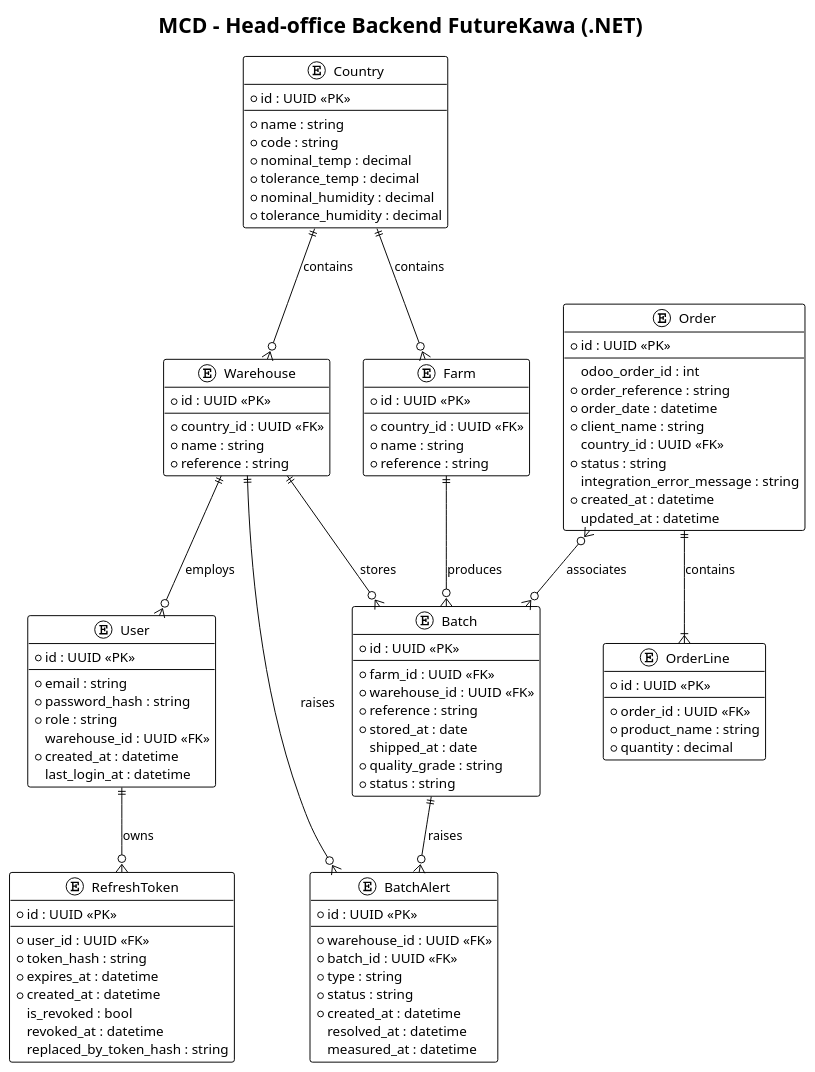
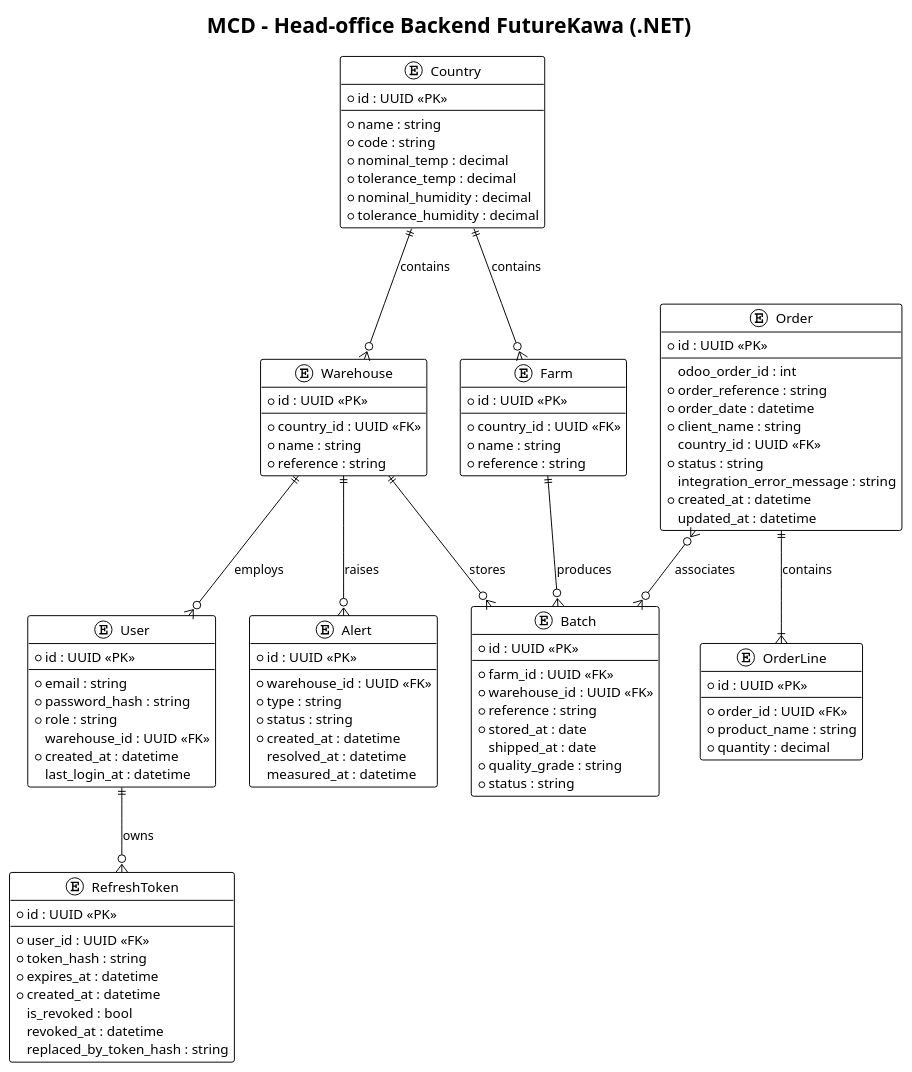
One commit to FutureKawa-Nte-G2/FutureKawa changed the diagram in Documentation/diagrammes/mcd_backend.puml. Above: the diagram before and after it, drawn with PlantUML. The commit also changed 32 other files, not shown here.

Commit message:
refactor(alerts): replace batch alerts with warehouse-level alerts

```diff
--- a/Documentation/diagrammes/mcd_backend.puml
+++ b/Documentation/diagrammes/mcd_backend.puml
@@ -1,115 +1,113 @@
 @startuml MCD_Backend_FutureKawa
 
 !theme plain
 
 title MCD - Head-office Backend FutureKawa (.NET)
 
 entity "User" as User {
   * id : UUID <<PK>>
   --
   * email : string
   * password_hash : string
   * role : string
   warehouse_id : UUID <<FK>>
   * created_at : datetime
   last_login_at : datetime
 }
 
 entity "RefreshToken" as RefreshToken {
   * id : UUID <<PK>>
   --
   * user_id : UUID <<FK>>
   * token_hash : string
   * expires_at : datetime
   * created_at : datetime
   is_revoked : bool
   revoked_at : datetime
   replaced_by_token_hash : string
 }
 
 entity "Country" as Country {
   * id : UUID <<PK>>
   --
   * name : string
   * code : string
   * nominal_temp : decimal
   * tolerance_temp : decimal
   * nominal_humidity : decimal
   * tolerance_humidity : decimal
 }
 
 entity "Farm" as Farm {
   * id : UUID <<PK>>
   --
   * country_id : UUID <<FK>>
   * name : string
   * reference : string
 }
 
 entity "Warehouse" as Warehouse {
   * id : UUID <<PK>>
   --
   * country_id : UUID <<FK>>
   * name : string
   * reference : string
 }
 
 entity "Batch" as Batch {
   * id : UUID <<PK>>
   --
   * farm_id : UUID <<FK>>
   * warehouse_id : UUID <<FK>>
   * reference : string
   * stored_at : date
   shipped_at : date
   * quality_grade : string
   * status : string
 }
 
-entity "BatchAlert" as BatchAlert {
+entity "Alert" as Alert {
   * id : UUID <<PK>>
   --
   * warehouse_id : UUID <<FK>>
-  * batch_id : UUID <<FK>>
   * type : string
   * status : string
   * created_at : datetime
   resolved_at : datetime
   measured_at : datetime
 }
 
 entity "Order" as Order {
   * id : UUID <<PK>>
   --
   odoo_order_id : int
   * order_reference : string
   * order_date : datetime
   * client_name : string
   country_id : UUID <<FK>>
   * status : string
   integration_error_message : string
   * created_at : datetime
   updated_at : datetime
 }
 
 entity "OrderLine" as OrderLine {
   * id : UUID <<PK>>
   --
   * order_id : UUID <<FK>>
   * product_name : string
   * quantity : decimal
 }
 
 ' Conceptual relationships
 User ||--o{ RefreshToken : "owns"
 Warehouse ||--o{ User : "employs"
 Country ||--o{ Farm : "contains"
 Country ||--o{ Warehouse : "contains"
 Farm ||--o{ Batch : "produces"
 Warehouse ||--o{ Batch : "stores"
-Warehouse ||--o{ BatchAlert : "raises"
-Batch ||--o{ BatchAlert : "raises"
+Warehouse ||--o{ Alert : "raises"
 Order ||--|{ OrderLine : "contains"
 Order }o--o{ Batch : "associates"
 
 @enduml
```
